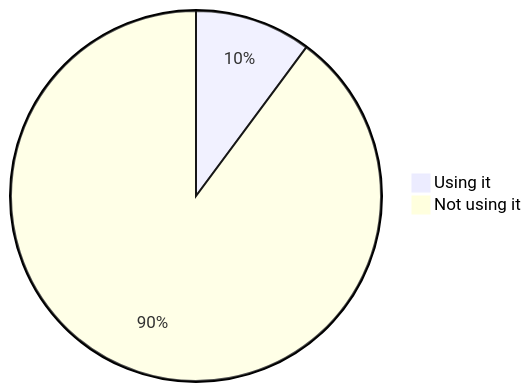
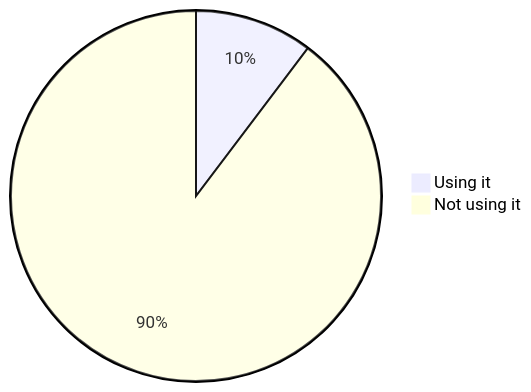
One commit to oshp/oshp-stats changed diagram 13 of 22 in stats.md. Above: the diagram before and after it, drawn with Mermaid. The commit also changed other lines of this file, not shown here.

````diff
--- a/stats.md
+++ b/stats.md
@@ -154,6 +154,6 @@
 ```mermaid
 pie
-	"Using it" : 10.16
-	"Not using it" : 89.84
+	"Using it" : 10.31
+	"Not using it" : 89.69
 
 ```
````
